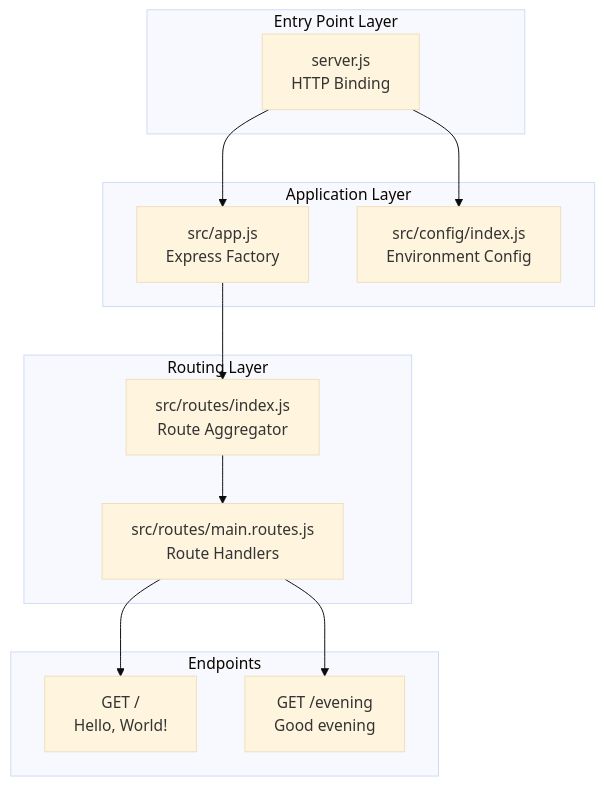
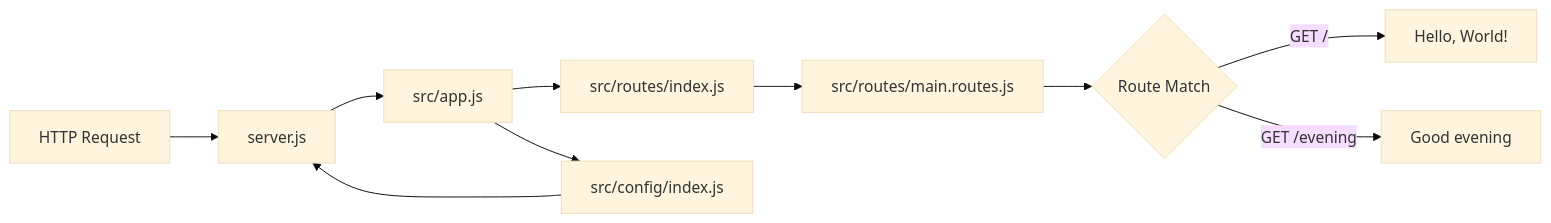
The first of 2 diagrams in blitzy/documentation/Technical Specifications.md (sudhanshu-spec/test-spec), drawn with Mermaid (base theme) before and after one commit. The commit also changed other lines of this file, not shown here.

````diff
--- a/blitzy/documentation/Technical Specifications.md
+++ b/blitzy/documentation/Technical Specifications.md
@@ -246,28 +124,12 @@
 ```mermaid
-flowchart TD
-    subgraph EntryPoint["Entry Point Layer"]
-        SERVER["server.js<br/>HTTP Binding"]
-    end
-    
-    subgraph Application["Application Layer"]
-        APP["src/app.js<br/>Express Factory"]
-        CONFIG["src/config/index.js<br/>Environment Config"]
-    end
-    
-    subgraph Routing["Routing Layer"]
-        ROUTES_INDEX["src/routes/index.js<br/>Route Aggregator"]
-        MAIN_ROUTES["src/routes/main.routes.js<br/>Route Handlers"]
-    end
-    
-    subgraph Endpoints["Endpoints"]
-        ROOT["GET /<br/>Hello, World!"]
-        EVENING["GET /evening<br/>Good evening"]
-    end
-    
-    SERVER --> APP
-    SERVER --> CONFIG
-    APP --> ROUTES_INDEX
-    ROUTES_INDEX --> MAIN_ROUTES
-    MAIN_ROUTES --> ROOT
-    MAIN_ROUTES --> EVENING
+graph LR
+    A[HTTP Request] --> B[server.js]
+    B --> C[src/app.js]
+    C --> D[src/routes/index.js]
+    D --> E[src/routes/main.routes.js]
+    E --> F{Route Match}
+    F -->|GET /| G["Hello, World!"]
+    F -->|GET /evening| H["Good evening"]
+    C --> I[src/config/index.js]
+    I --> B
 ```
````
